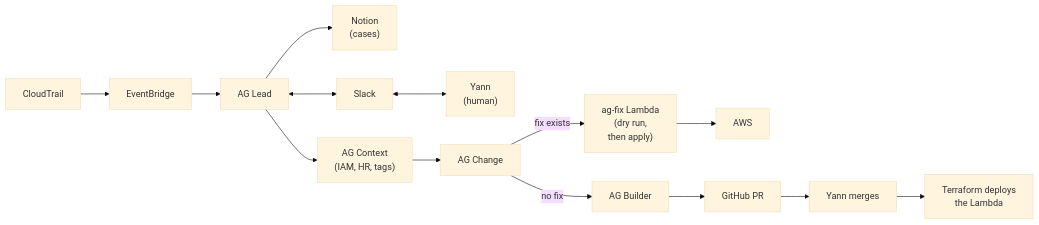
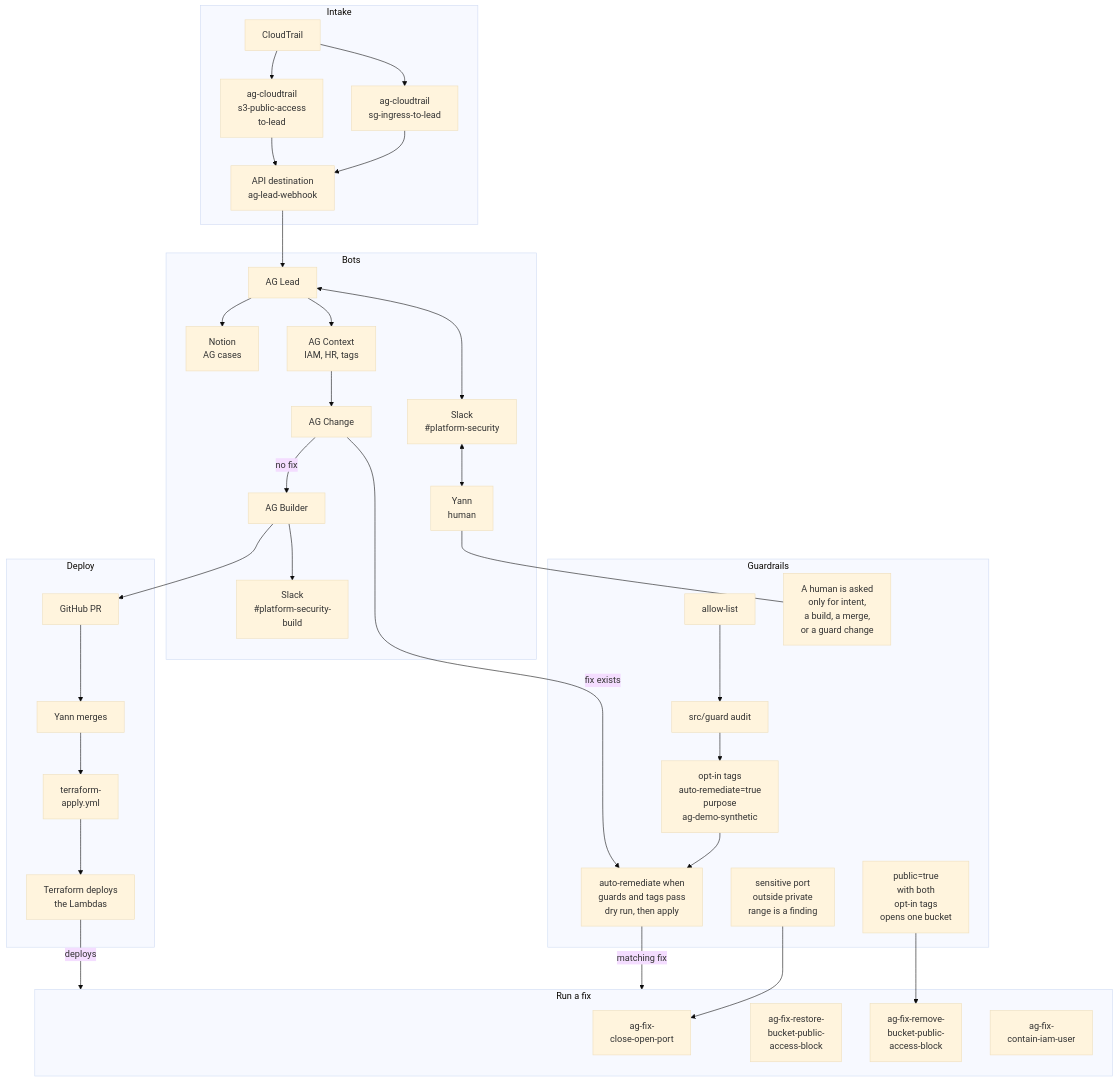
Before and after one commit to yannhowe/access-guardian: the diagram in site/slides.md, drawn with Mermaid (base theme). The commit also changed other lines of this file and 3 other files, not shown here.

First line of the commit message:
Restore the vertical flow diagram on the slides and in the README.

````diff
--- a/site/slides.md
+++ b/site/slides.md
@@ -25,9 +25,63 @@
 ```mermaid
-flowchart LR
-  cloudtrail[CloudTrail] --> eventbridge[EventBridge] --> lead[AG Lead]
-  lead --> notion["Notion<br/>(cases)"]
-  lead <--> slack[Slack] <--> yann["Yann<br/>(human)"]
-  lead --> context["AG Context<br/>(IAM, HR, tags)"] --> change[AG Change]
-  change -->|fix exists| lambda["ag-fix Lambda<br/>(dry run,<br/>then apply)"] --> aws[AWS]
-  change -->|no fix| builder[AG Builder] --> pr[GitHub PR] --> merges["Yann merges"] --> deploy["Terraform deploys<br/>the Lambda"]
+flowchart TD
+  subgraph intakeBox [Intake]
+    cloudtrail[CloudTrail]
+    sgRule["ag-cloudtrail<br/>sg-ingress-to-lead"]
+    s3Rule["ag-cloudtrail<br/>s3-public-access<br/>to-lead"]
+    apiDest["API destination<br/>ag-lead-webhook"]
+    cloudtrail --> sgRule --> apiDest
+    cloudtrail --> s3Rule --> apiDest
+  end
+
+  subgraph botsBox [Bots]
+    lead[AG Lead]
+    notion["Notion<br/>AG cases"]
+    slackCases["Slack<br/>#platform-security"]
+    context["AG Context<br/>IAM, HR, tags"]
+    changeBot[AG Change]
+    builder[AG Builder]
+    slackBuild["Slack<br/>#platform-security-<br/>build"]
+    yann["Yann<br/>human"]
+  end
+
+  subgraph deployBox [Deploy]
+    pr[GitHub PR]
+    merges[Yann merges]
+    applyWf["terraform-<br/>apply.yml"]
+    terraform["Terraform deploys<br/>the Lambdas"]
+    pr --> merges --> applyWf --> terraform
+  end
+
+  subgraph runBox [Run a fix]
+    closeFn["ag-fix-<br/>close-open-port"]
+    restoreFn["ag-fix-restore-<br/>bucket-public-<br/>access-block"]
+    removeFn["ag-fix-remove-<br/>bucket-public-<br/>access-block"]
+    containFn["ag-fix-<br/>contain-iam-user"]
+  end
+
+  subgraph gatesBox [Guardrails]
+    allowList[allow-list]
+    guardAudit["src/guard audit"]
+    optIn["opt-in tags<br/>auto-remediate=true<br/>purpose<br/>ag-demo-synthetic"]
+    portRule["sensitive port<br/>outside private<br/>range is a finding"]
+    publicTag["public=true<br/>with both<br/>opt-in tags<br/>opens one bucket"]
+    autoRun["auto-remediate when<br/>guards and tags pass<br/>dry run, then apply"]
+    humanAsk["A human is asked<br/>only for intent,<br/>a build, a merge,<br/>or a guard change"]
+    allowList --> guardAudit --> optIn --> autoRun
+  end
+
+  apiDest --> lead
+  lead --> notion
+  lead <--> slackCases
+  slackCases <--> yann
+  yann --- humanAsk
+  lead --> context --> changeBot
+  changeBot -->|"fix exists"| autoRun
+  autoRun -->|"matching fix"| runBox
+  changeBot -->|"no fix"| builder
+  builder --> slackBuild
+  builder --> pr
+  terraform -->|"deploys"| runBox
+  portRule --> closeFn
+  publicTag --> removeFn
 ```
````
